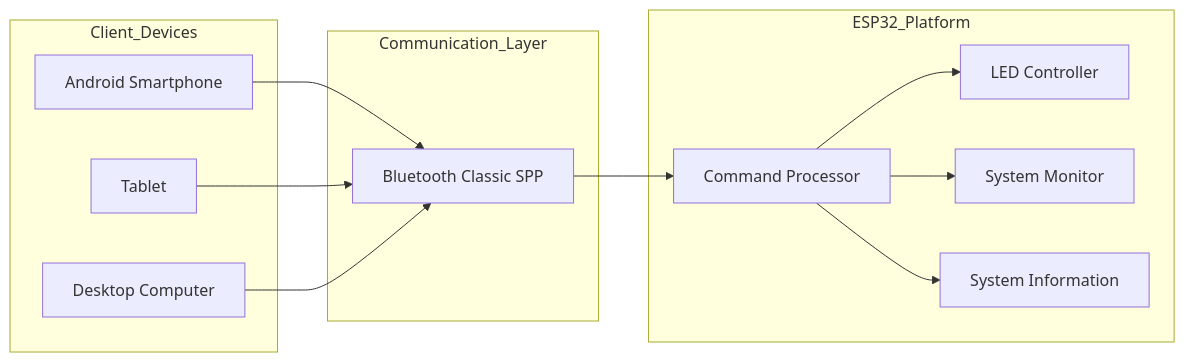
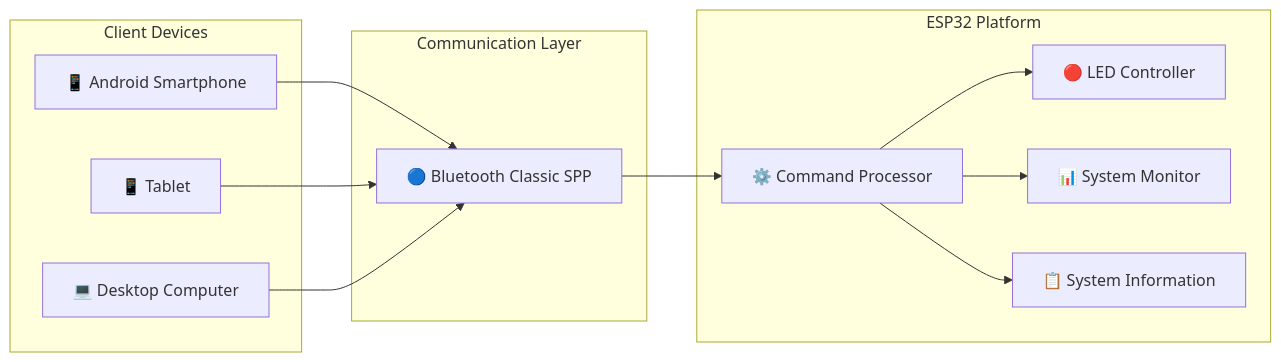
The first of 4 diagrams in README.md (paulocfmarques-collab/esp32_bluetooth), drawn with Mermaid before and after one commit. The commit also changed other lines of this file, not shown here.

````diff
--- a/README.md
+++ b/README.md
@@ -86,35 +80,29 @@
 ```mermaid
 flowchart LR
-
-    subgraph Client_Devices
-        PHONE[Android Smartphone]
-        PC[Desktop Computer]
-        TABLET[Tablet]
+    subgraph Client_Devices["Client Devices"]
+        PHONE["📱 Android Smartphone"]
+        PC["💻 Desktop Computer"]
+        TABLET["📱 Tablet"]
     end
 
-    subgraph Communication_Layer
-        BT[Bluetooth Classic SPP]
+    subgraph Communication_Layer["Communication Layer"]
+        BT["🔵 Bluetooth Classic SPP"]
     end
 
-    subgraph ESP32_Platform
-
-        CMD[Command Processor]
-
-        LED[LED Controller]
-
-        MON[System Monitor]
-
-        INFO[System Information]
-
+    subgraph ESP32_Platform["ESP32 Platform"]
+        CMD["⚙️ Command Processor"]
+        LED["🔴 LED Controller"]
+        MON["📊 System Monitor"]
+        INFO["📋 System Information"]
     end
 
     PHONE --> BT
     TABLET --> BT
     PC --> BT
 
     BT --> CMD
 
     CMD --> LED
     CMD --> MON
     CMD --> INFO
 ```
````
